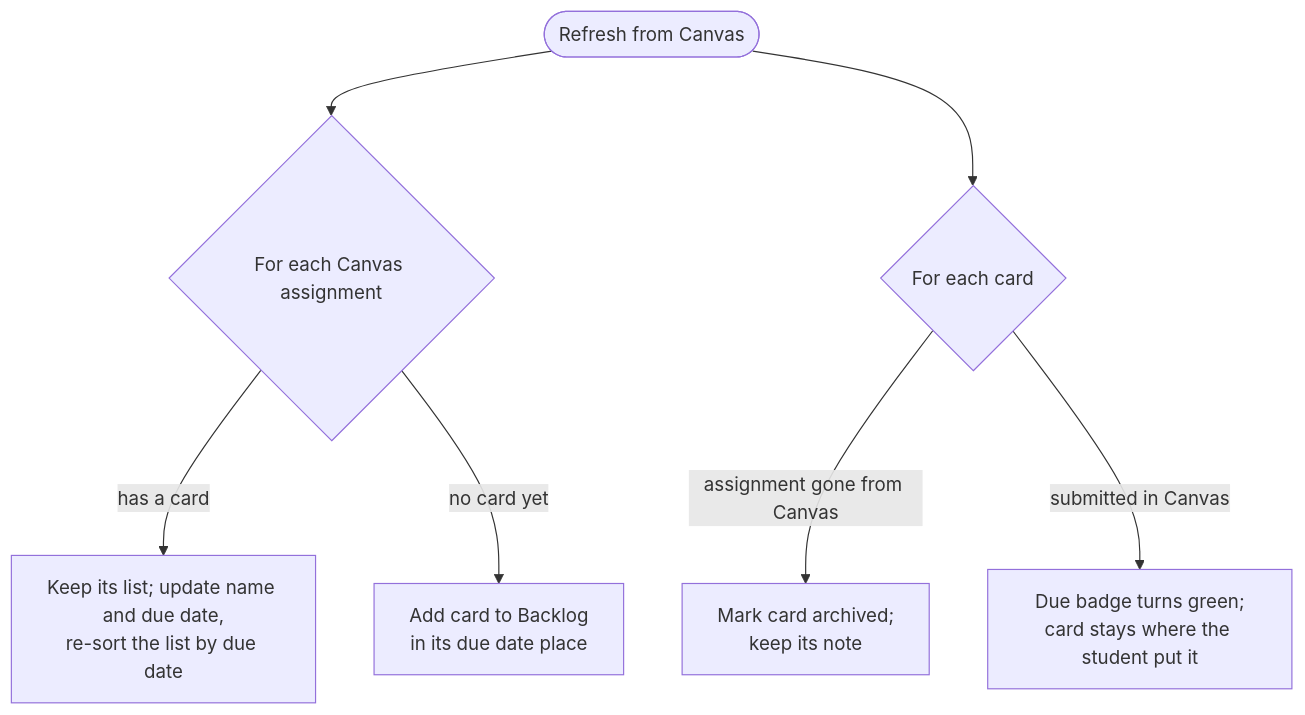
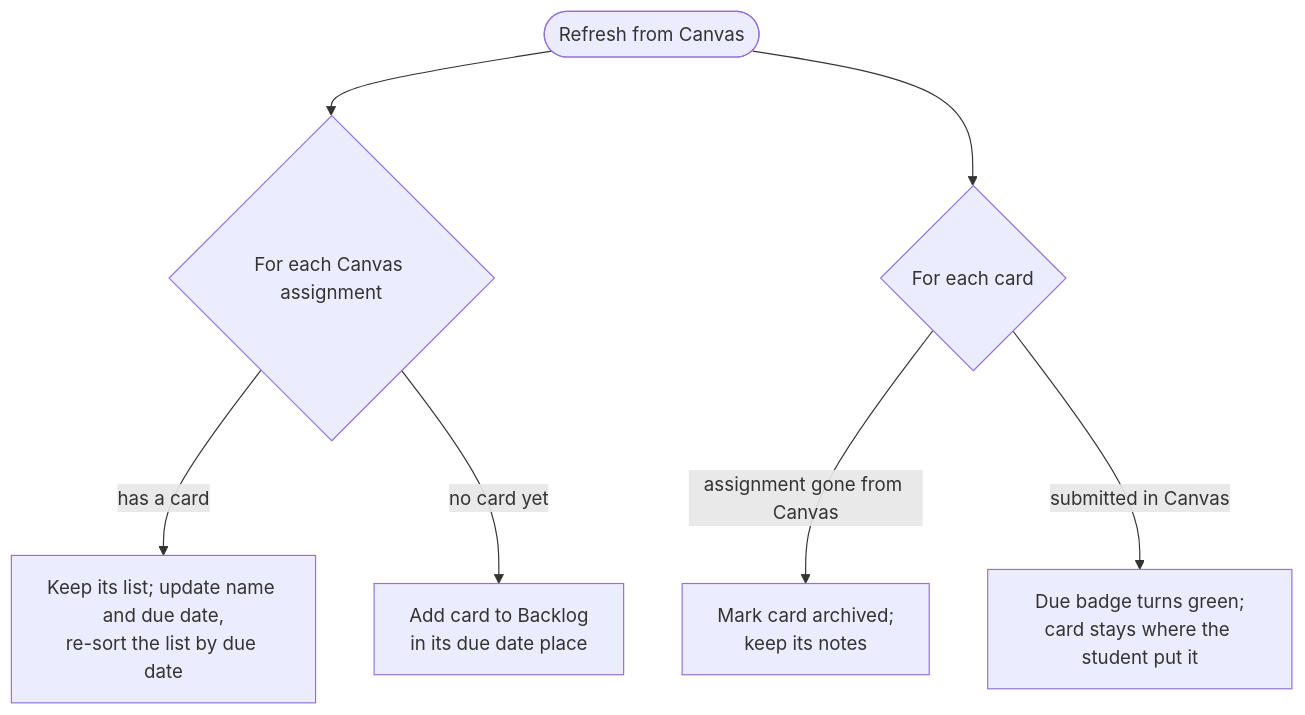
Before and after one commit to bbranton/TestProj: the sixth of 9 diagrams in docs/canvas-portal/04-wireframes-workflows.md, drawn with Mermaid. The commit also changed other lines of this file and 4 other files, not shown here.

First line of the commit message:
Make notes dated comment-style entries, separate from the Canvas description

````diff
--- a/docs/canvas-portal/04-wireframes-workflows.md
+++ b/docs/canvas-portal/04-wireframes-workflows.md
@@ -421,9 +441,9 @@
 ```mermaid
 flowchart TD
     A([Refresh from Canvas]) --> B{For each Canvas assignment}
     B -- has a card --> C[Keep its list; update name and due date,<br/>re-sort the list by due date]
     B -- no card yet --> D[Add card to Backlog<br/>in its due date place]
     A --> E{For each card}
-    E -- assignment gone from Canvas --> F[Mark card archived;<br/>keep its note]
+    E -- assignment gone from Canvas --> F[Mark card archived;<br/>keep its notes]
     E -- submitted in Canvas --> G[Due badge turns green;<br/>card stays where the student put it]
 ```
````
